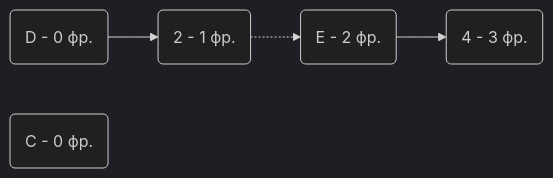
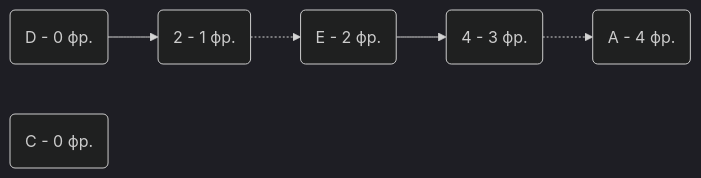
Before and after one commit to hse-algo-24-raven/manual-tasks-raven: the fifth of 10 diagrams in task-8/kotyata.md, drawn with Mermaid (dark theme). The commit also changed other lines of this file, not shown here.

````diff
--- a/task-8/kotyata.md
+++ b/task-8/kotyata.md
@@ -158,5 +158,5 @@
 ```mermaid
 graph LR
-    D(D - 0 фр.)  --> 2(2 - 1 фр.) -.-> E(E - 2 фр.) --> 4(4 - 3 фр.)
+    D(D - 0 фр.)  --> 2(2 - 1 фр.) -.-> E(E - 2 фр.) --> 4(4 - 3 фр.) -.-> A(A - 4 фр.)
     C(C - 0 фр.) 
 ```
````
